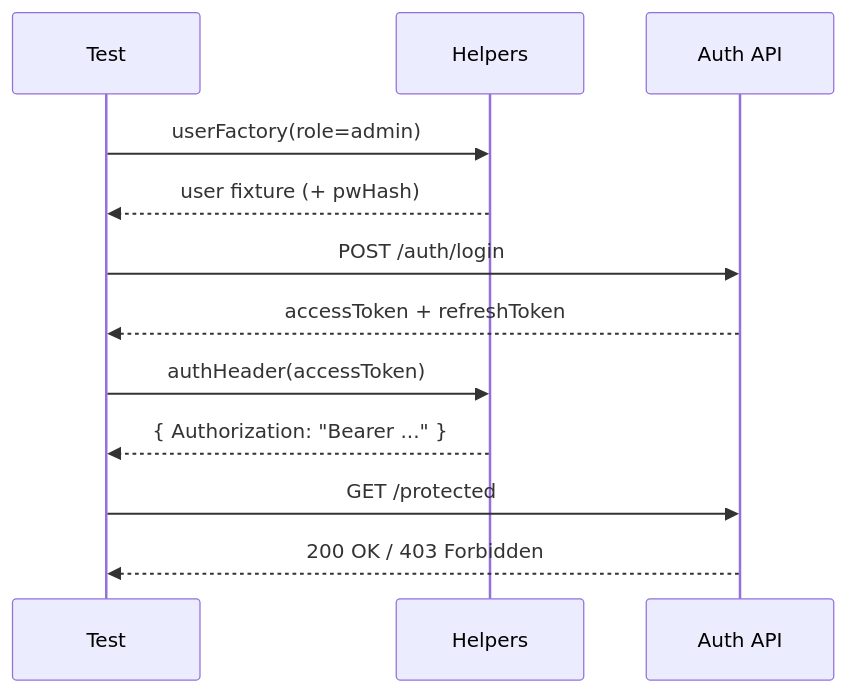
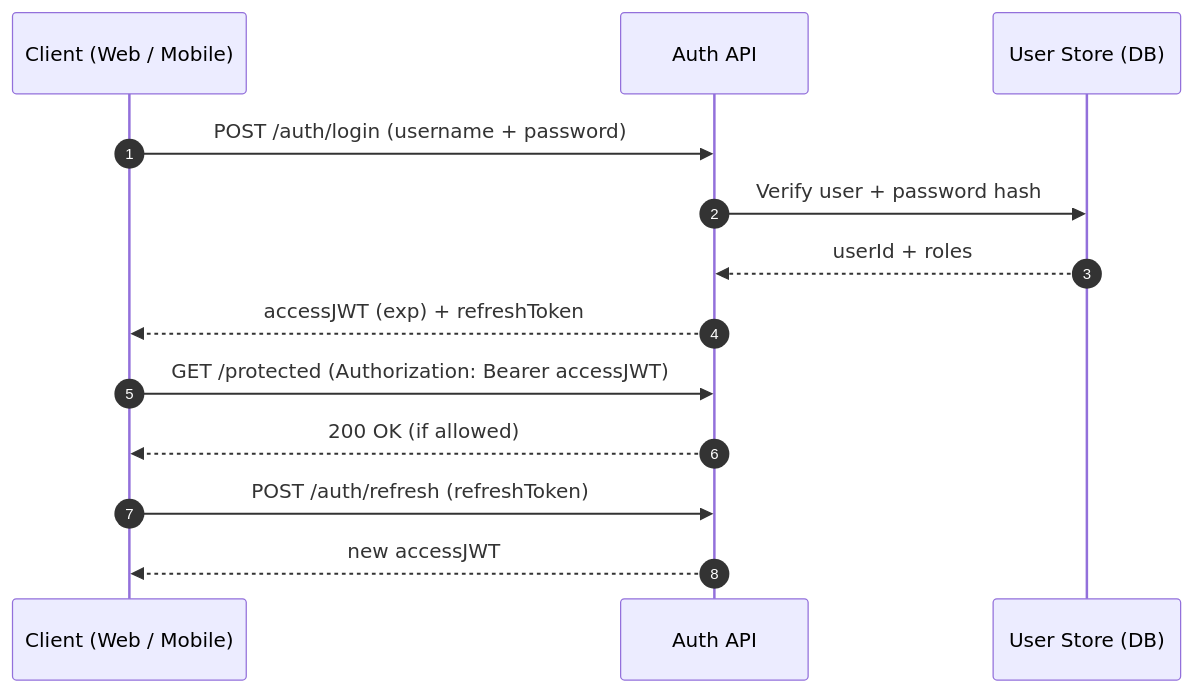
The diagram in api/src/auth/tests/integration/README.md (bartytime4life/Kansas-Frontier-Matrix), drawn with Mermaid before and after one commit. The commit also changed other lines of this file, not shown here.

First line of the commit message:
Revise README for Auth Integration Tests

````diff
--- a/api/src/auth/tests/integration/README.md
+++ b/api/src/auth/tests/integration/README.md
@@ -205,18 +88,18 @@
 ```mermaid
 sequenceDiagram
-  participant T as Test
-  participant H as Helpers
-  participant API as Auth API
+  autonumber
+  participant C as Client (Web / Mobile)
+  participant A as Auth API
+  participant U as User Store (DB)
 
-  T->>H: userFactory(role=admin)
-  H-->>T: user fixture (+ pwHash)
+  C->>A: POST /auth/login (username + password)
+  A->>U: Verify user + password hash
+  U-->>A: userId + roles
+  A-->>C: accessJWT (exp) + refreshToken
 
-  T->>API: POST /auth/login
-  API-->>T: accessToken + refreshToken
+  C->>A: GET /protected (Authorization: Bearer accessJWT)
+  A-->>C: 200 OK (if allowed)
 
-  T->>H: authHeader(accessToken)
-  H-->>T: { Authorization: "Bearer ..." }
-
-  T->>API: GET /protected
-  API-->>T: 200 OK / 403 Forbidden
+  C->>A: POST /auth/refresh (refreshToken)
+  A-->>C: new accessJWT
 ```
````
